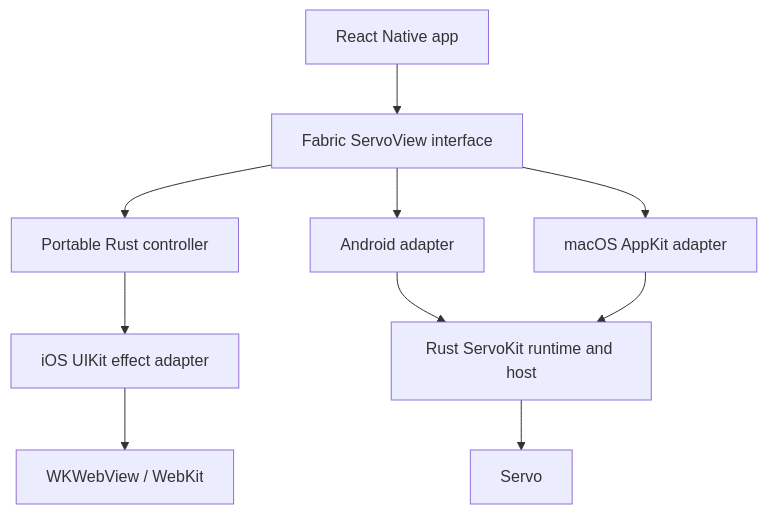
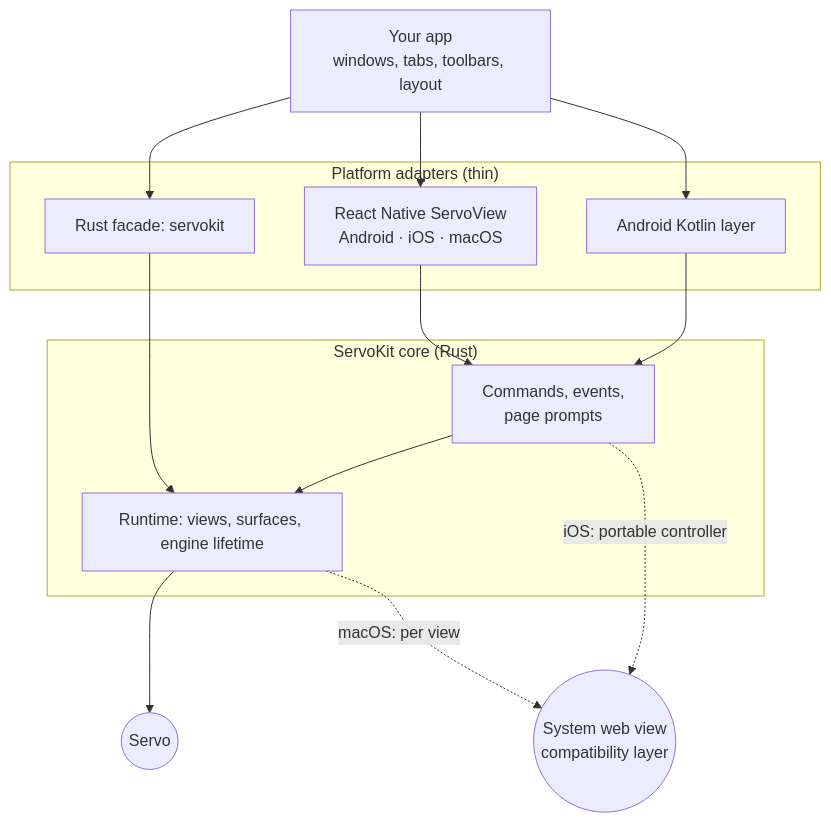
The diagram in ARCHITECTURE.md (KeplerBrowser/ServoKit), drawn with Mermaid before and after one commit. The commit also changed other lines of this file and 51 other files, not shown here.

````diff
--- a/ARCHITECTURE.md
+++ b/ARCHITECTURE.md
@@ -25,12 +13,26 @@
 ```mermaid
 flowchart TD
-  app["React Native app"] --> fabric["Fabric ServoView interface"]
-  fabric --> portable["Portable Rust controller"]
-  fabric --> android["Android adapter"]
-  fabric --> macos["macOS AppKit adapter"]
-  portable --> ios["iOS UIKit effect adapter"]
-  ios --> webkit["WKWebView / WebKit"]
-  android --> runtime["Rust ServoKit runtime and host"]
-  macos --> runtime
-  runtime --> servo["Servo"]
+  app["Your app<br/>windows, tabs, toolbars, layout"]
+  subgraph adapters["Platform adapters (thin)"]
+    rn["React Native ServoView<br/>Android · iOS · macOS"]
+    kotlin["Android Kotlin layer"]
+    rust["Rust facade: servokit"]
+  end
+  subgraph core["ServoKit core (Rust)"]
+    controller["Commands, events,<br/>page prompts"]
+    runtime["Runtime: views, surfaces, engine lifetime"]
+  end
+  servo(("Servo"))
+  webkit(("System web view<br/>compatibility layer"))
+
+  app --> rn
+  app --> kotlin
+  app --> rust
+  rn --> controller
+  kotlin --> controller
+  rust --> runtime
+  controller --> runtime
+  runtime --> servo
+  runtime -. "macOS: per view" .-> webkit
+  controller -. "iOS: portable controller" .-> webkit
 ```
````
